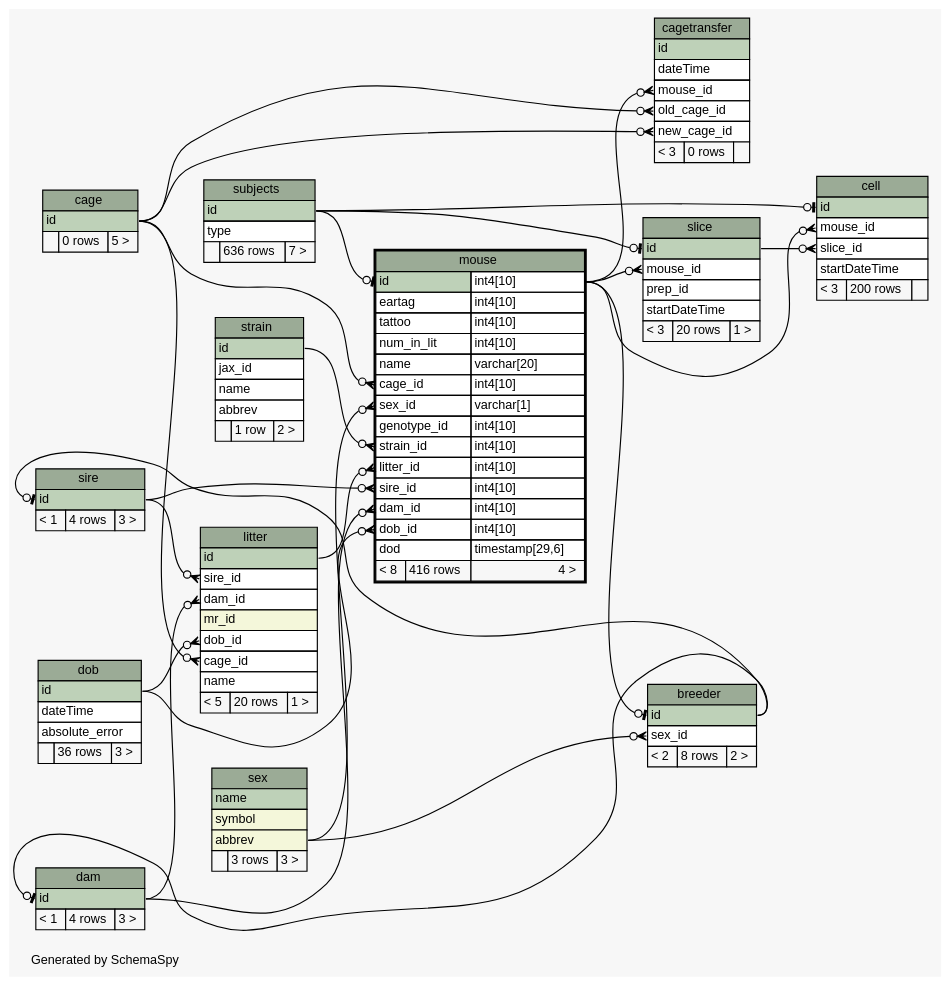
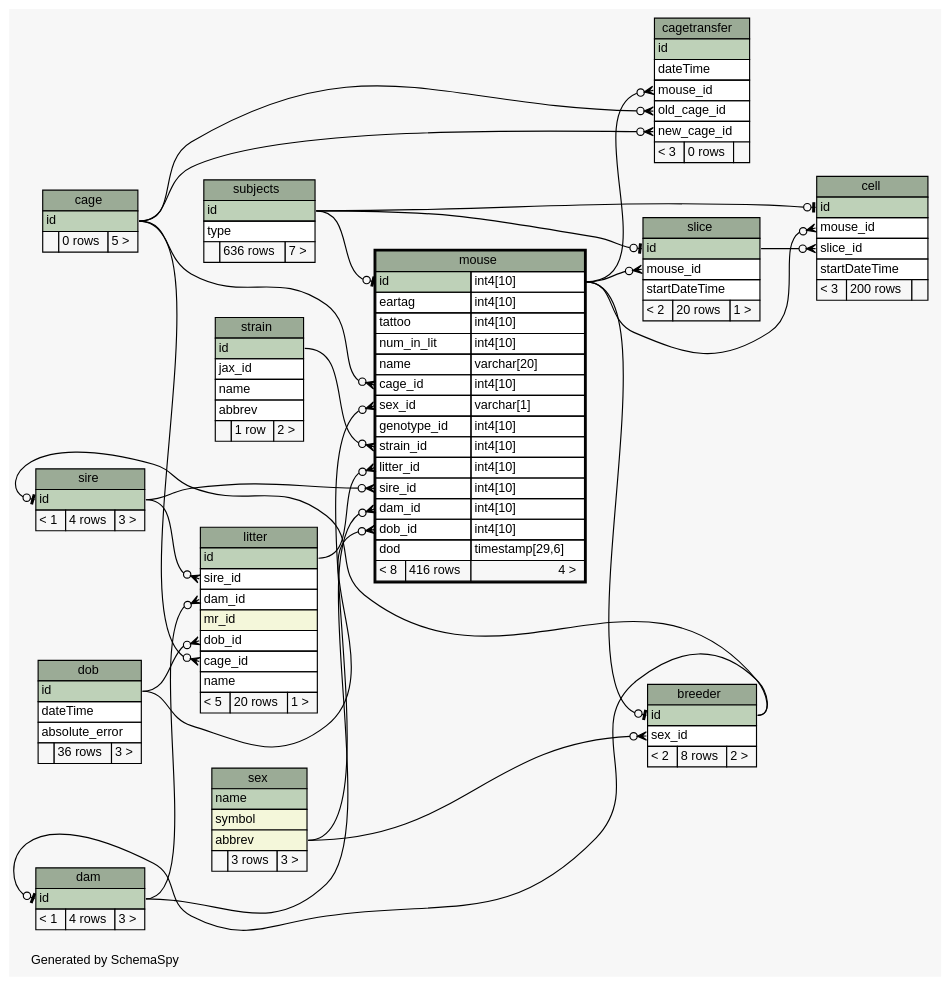
Before and after one commit to tgbugs/mlab: the diagram in database/ss/diagrams/mouse.1degree.dot, drawn with Graphviz. The commit also changed 167 other files, not shown here.

```diff
--- a/database/ss/diagrams/mouse.1degree.dot
+++ b/database/ss/diagrams/mouse.1degree.dot
@@ -180,9 +180,8 @@
       <TR><TD COLSPAN="3" BGCOLOR="#9bab96" ALIGN="CENTER">slice</TD></TR>
       <TR><TD PORT="id" COLSPAN="3" BGCOLOR="#bed1b8" ALIGN="LEFT">id</TD></TR>
       <TR><TD PORT="mouse_id" COLSPAN="3" ALIGN="LEFT">mouse_id</TD></TR>
-      <TR><TD PORT="prep_id" COLSPAN="3" ALIGN="LEFT">prep_id</TD></TR>
       <TR><TD PORT="startDateTime" COLSPAN="3" ALIGN="LEFT">startDateTime</TD></TR>
-      <TR><TD ALIGN="LEFT" BGCOLOR="#f7f7f7">&lt; 3</TD><TD ALIGN="RIGHT" BGCOLOR="#f7f7f7">20 rows</TD><TD ALIGN="RIGHT" BGCOLOR="#f7f7f7">1 &gt;</TD></TR>
+      <TR><TD ALIGN="LEFT" BGCOLOR="#f7f7f7">&lt; 2</TD><TD ALIGN="RIGHT" BGCOLOR="#f7f7f7">20 rows</TD><TD ALIGN="RIGHT" BGCOLOR="#f7f7f7">1 &gt;</TD></TR>
     </TABLE>>
     URL="slice.html"
     tooltip="slice"
```
